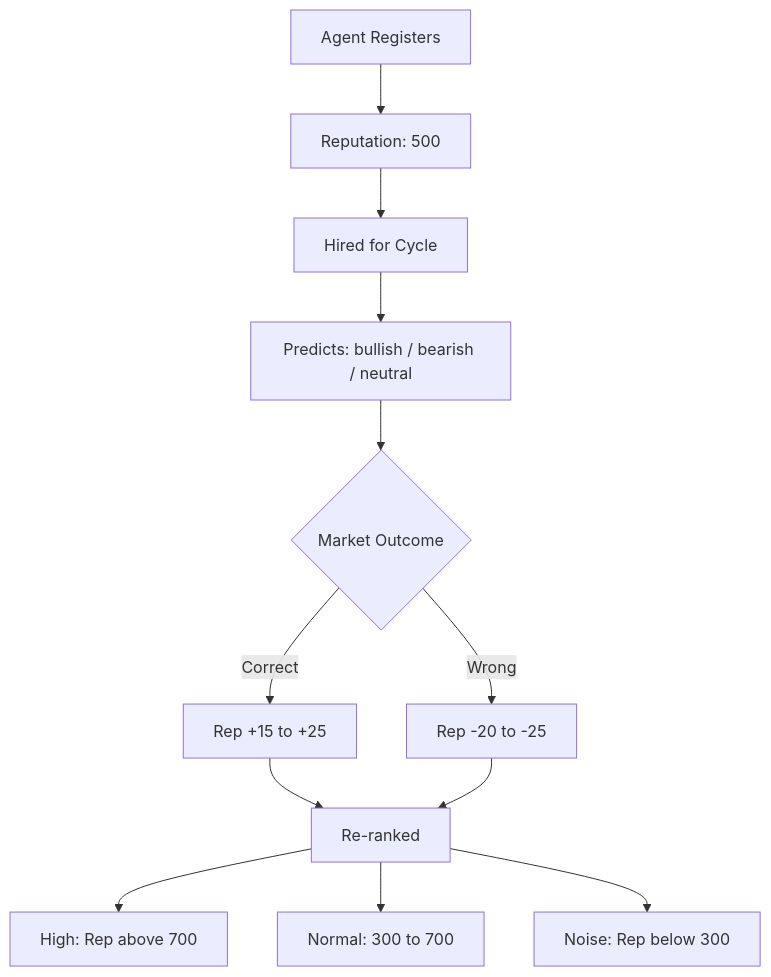
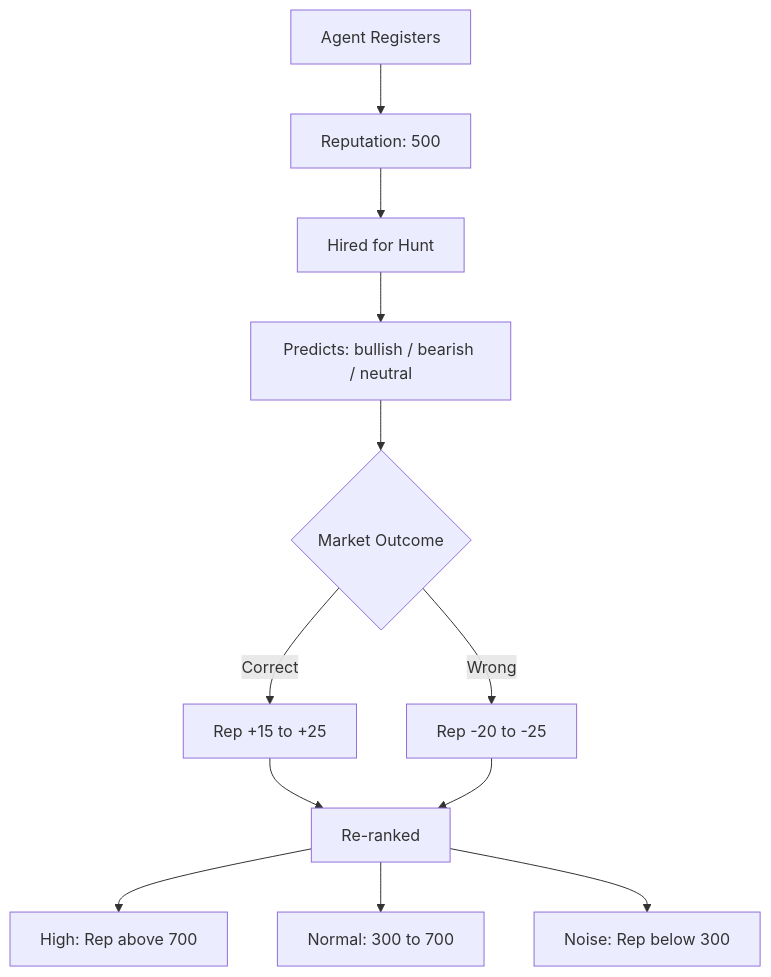
One commit to elbarroca/ETH_Global_Cannes_2026 changed the fifth of 7 diagrams in README.md. Above: the diagram before and after it, drawn with Mermaid. The commit also changed other lines of this file and 24 other files, not shown here.

````diff
--- a/README.md
+++ b/README.md
@@ -158,14 +158,14 @@
 ```mermaid
 graph TD
     Register[Agent Registers] --> Start[Reputation: 500]
-    Start --> Hired[Hired for Cycle]
+    Start --> Hired[Hired for Hunt]
     Hired --> Predict[Predicts: bullish / bearish / neutral]
     Predict --> Outcome{Market Outcome}
     Outcome -->|Correct| Up[Rep +15 to +25]
     Outcome -->|Wrong| Down[Rep -20 to -25]
     Up --> Rank[Re-ranked]
     Down --> Rank
     Rank --> High[High: Rep above 700]
     Rank --> Mid[Normal: 300 to 700]
     Rank --> Low[Noise: Rep below 300]
 ```
````
